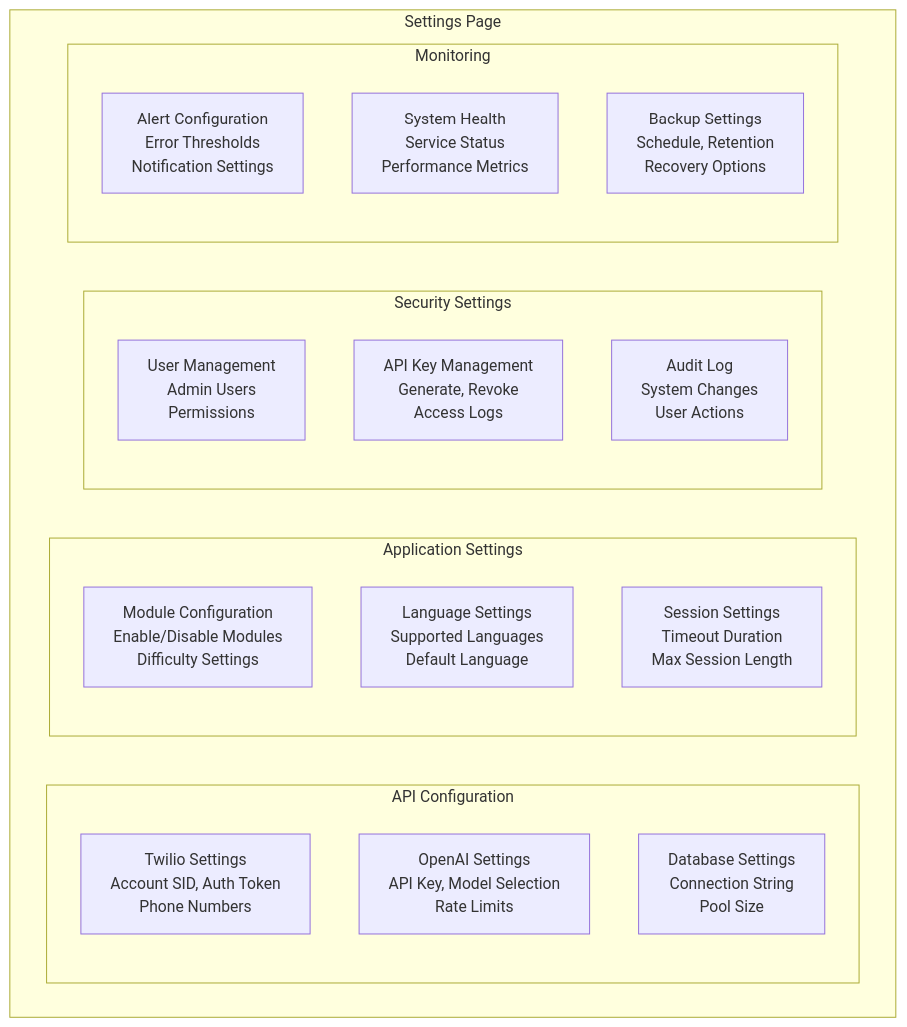
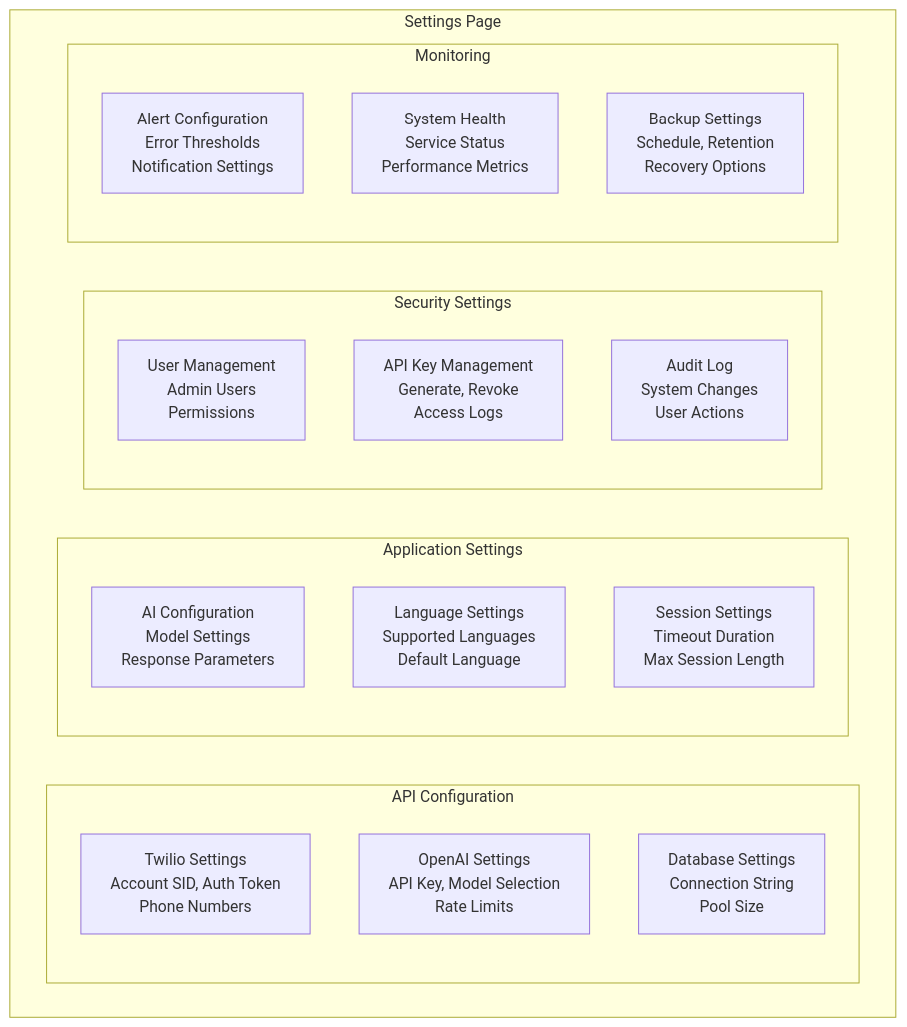
One commit to bakameai/mvp changed the fifth of 7 diagrams in docs/admin_dashboard_wireframes.md. Above: the diagram before and after it, drawn with Mermaid. The commit also changed other lines of this file and 16 other files, not shown here.

````diff
--- a/docs/admin_dashboard_wireframes.md
+++ b/docs/admin_dashboard_wireframes.md
@@ -129,28 +129,28 @@
 ```mermaid
 graph TB
     subgraph "Settings Page"
         subgraph "API Configuration"
             TwilioSettings[Twilio Settings<br/>Account SID, Auth Token<br/>Phone Numbers]
             OpenAISettings[OpenAI Settings<br/>API Key, Model Selection<br/>Rate Limits]
             DatabaseSettings[Database Settings<br/>Connection String<br/>Pool Size]
         end
         
         subgraph "Application Settings"
-            ModuleConfig[Module Configuration<br/>Enable/Disable Modules<br/>Difficulty Settings]
+            AIConfig[AI Configuration<br/>Model Settings<br/>Response Parameters]
             LanguageSettings[Language Settings<br/>Supported Languages<br/>Default Language]
             SessionSettings[Session Settings<br/>Timeout Duration<br/>Max Session Length]
         end
         
         subgraph "Security Settings"
             UserManagement[User Management<br/>Admin Users<br/>Permissions]
             APIKeys[API Key Management<br/>Generate, Revoke<br/>Access Logs]
             AuditLog[Audit Log<br/>System Changes<br/>User Actions]
         end
         
         subgraph "Monitoring"
             Alerts2[Alert Configuration<br/>Error Thresholds<br/>Notification Settings]
             Health[System Health<br/>Service Status<br/>Performance Metrics]
             Backup[Backup Settings<br/>Schedule, Retention<br/>Recovery Options]
         end
     end
 ```
````
